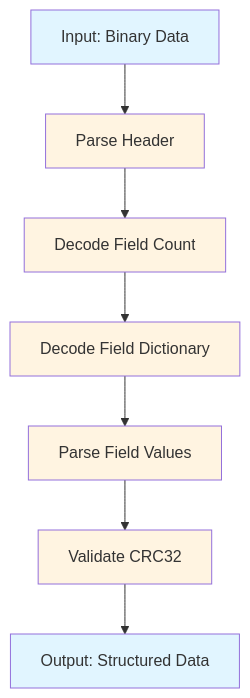
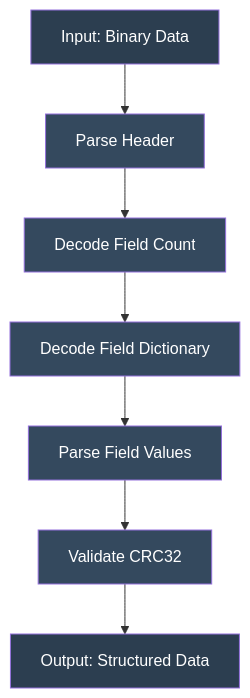
The first of 3 diagrams in Docs/CROSS_LANGUAGE_DECODER.md (Mikedan37/BlazeBinary), drawn with Mermaid before and after one commit. The commit also changed other lines of this file and 11 other files, not shown here.

First line of the commit message:
Improve Mermaid diagrams and code display formatting

````diff
--- a/Docs/CROSS_LANGUAGE_DECODER.md
+++ b/Docs/CROSS_LANGUAGE_DECODER.md
@@ -39,17 +39,17 @@
 ```mermaid
 graph TD
     A[Input: Binary Data] --> B[Parse Header]
     B --> C[Decode Field Count]
     C --> D[Decode Field Dictionary]
     D --> E[Parse Field Values]
     E --> F[Validate CRC32]
     F --> G[Output: Structured Data]
     
-    style A fill:#e1f5ff
-    style G fill:#e1f5ff
-    style B fill:#fff4e1
-    style C fill:#fff4e1
-    style D fill:#fff4e1
-    style E fill:#fff4e1
-    style F fill:#fff4e1
+    style A fill:#2c3e50,color:#ffffff
+    style G fill:#2c3e50,color:#ffffff
+    style B fill:#34495e,color:#ffffff
+    style C fill:#34495e,color:#ffffff
+    style D fill:#34495e,color:#ffffff
+    style E fill:#34495e,color:#ffffff
+    style F fill:#34495e,color:#ffffff
 ```
````
